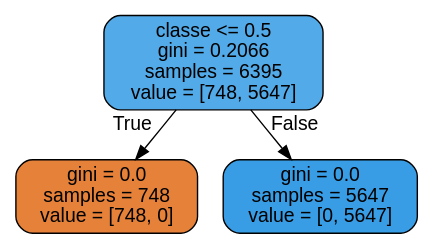
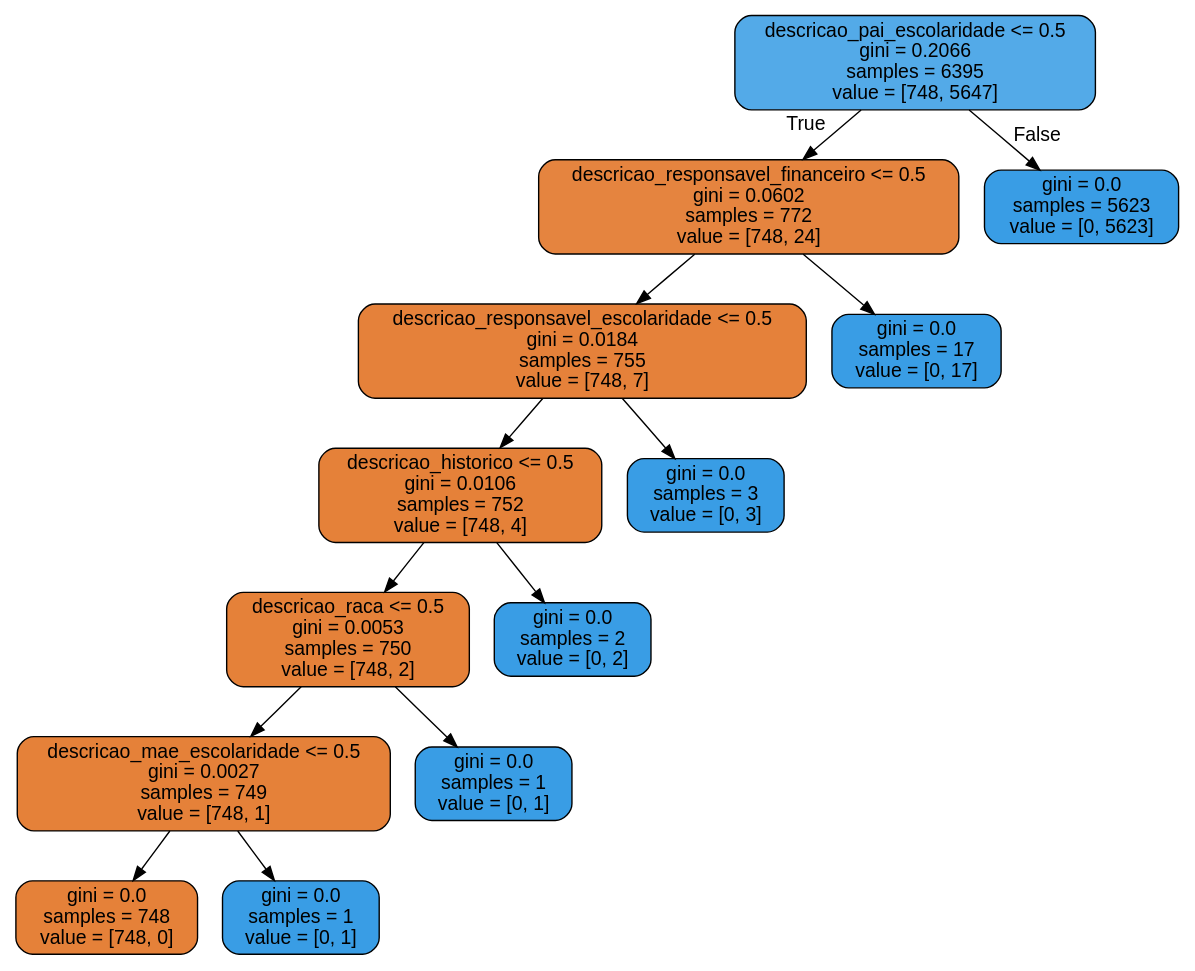
The diagram in tree.dot (tmedeirosb/modelo_ifrn_integrado), drawn with Graphviz before and after one commit. The commit also changed 4 other files, not shown here.

```diff
--- a/tree.dot
+++ b/tree.dot
@@ -1,9 +1,29 @@
 digraph Tree {
 node [shape=box, style="filled, rounded", color="black", fontname=helvetica] ;
 edge [fontname=helvetica] ;
-0 [label="classe <= 0.5\ngini = 0.2066\nsamples = 6395\nvalue = [748, 5647]", fillcolor="#399de5dd"] ;
-1 [label="gini = 0.0\nsamples = 748\nvalue = [748, 0]", fillcolor="#e58139ff"] ;
+0 [label="descricao_pai_escolaridade <= 0.5\ngini = 0.2066\nsamples = 6395\nvalue = [748, 5647]", fillcolor="#399de5dd"] ;
+1 [label="descricao_responsavel_financeiro <= 0.5\ngini = 0.0602\nsamples = 772\nvalue = [748, 24]", fillcolor="#e58139f7"] ;
 0 -> 1 [labeldistance=2.5, labelangle=45, headlabel="True"] ;
-2 [label="gini = 0.0\nsamples = 5647\nvalue = [0, 5647]", fillcolor="#399de5ff"] ;
-0 -> 2 [labeldistance=2.5, labelangle=-45, headlabel="False"] ;
+2 [label="descricao_responsavel_escolaridade <= 0.5\ngini = 0.0184\nsamples = 755\nvalue = [748, 7]", fillcolor="#e58139fd"] ;
+1 -> 2 ;
+3 [label="descricao_historico <= 0.5\ngini = 0.0106\nsamples = 752\nvalue = [748, 4]", fillcolor="#e58139fe"] ;
+2 -> 3 ;
+4 [label="descricao_raca <= 0.5\ngini = 0.0053\nsamples = 750\nvalue = [748, 2]", fillcolor="#e58139fe"] ;
+3 -> 4 ;
+5 [label="descricao_mae_escolaridade <= 0.5\ngini = 0.0027\nsamples = 749\nvalue = [748, 1]", fillcolor="#e58139ff"] ;
+4 -> 5 ;
+6 [label="gini = 0.0\nsamples = 748\nvalue = [748, 0]", fillcolor="#e58139ff"] ;
+5 -> 6 ;
+7 [label="gini = 0.0\nsamples = 1\nvalue = [0, 1]", fillcolor="#399de5ff"] ;
+5 -> 7 ;
+8 [label="gini = 0.0\nsamples = 1\nvalue = [0, 1]", fillcolor="#399de5ff"] ;
+4 -> 8 ;
+9 [label="gini = 0.0\nsamples = 2\nvalue = [0, 2]", fillcolor="#399de5ff"] ;
+3 -> 9 ;
+10 [label="gini = 0.0\nsamples = 3\nvalue = [0, 3]", fillcolor="#399de5ff"] ;
+2 -> 10 ;
+11 [label="gini = 0.0\nsamples = 17\nvalue = [0, 17]", fillcolor="#399de5ff"] ;
+1 -> 11 ;
+12 [label="gini = 0.0\nsamples = 5623\nvalue = [0, 5623]", fillcolor="#399de5ff"] ;
+0 -> 12 [labeldistance=2.5, labelangle=-45, headlabel="False"] ;
 }
```
